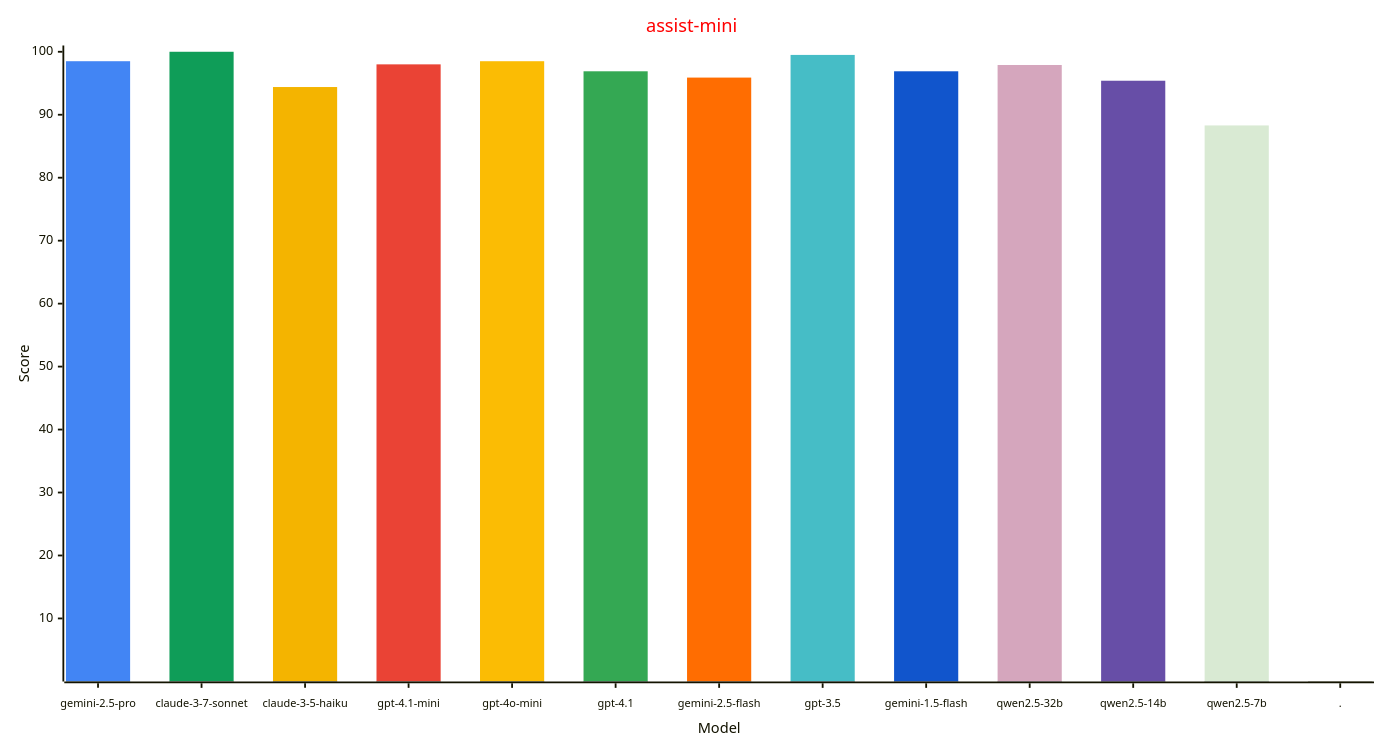
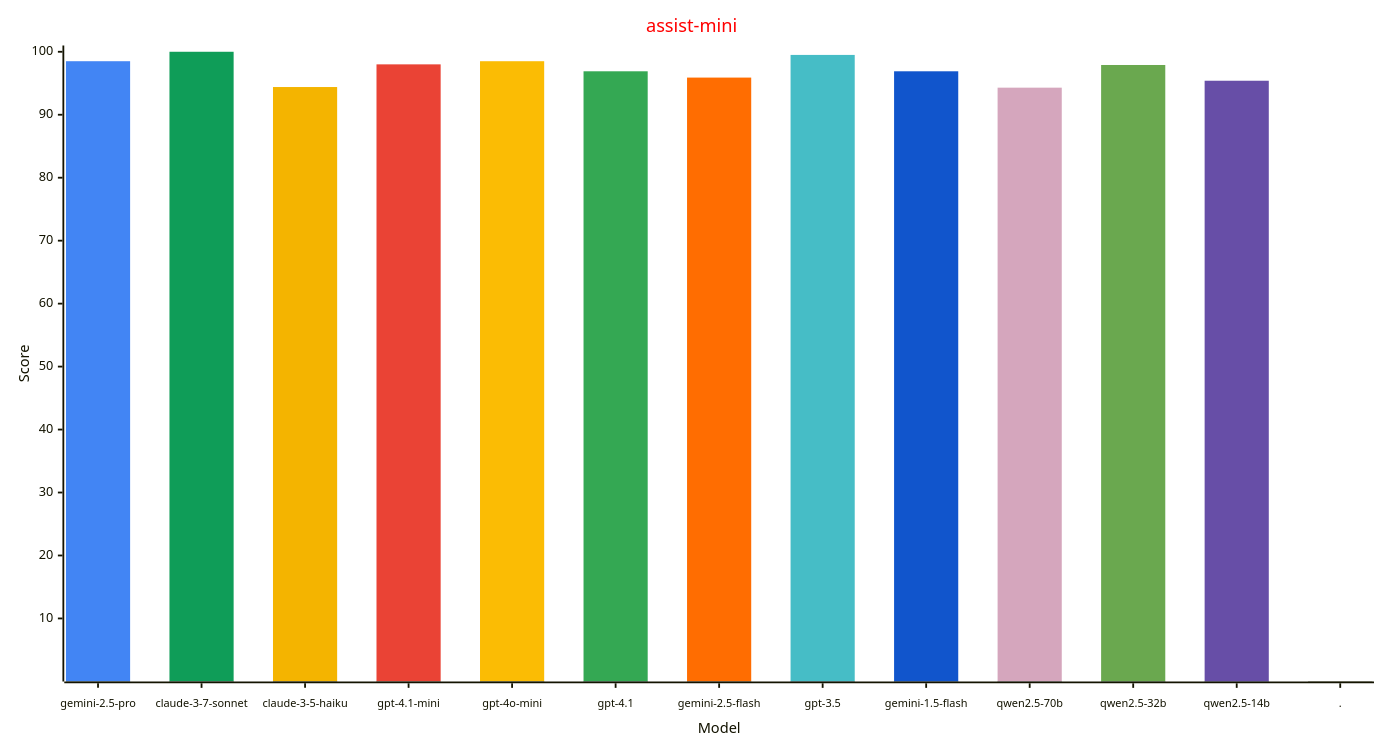
One commit to allenporter/home-assistant-datasets changed the second of 4 diagrams in reports/README.md. Above: the diagram before and after it, drawn with Mermaid. The commit also changed other lines of this file and 202 other files, not shown here.

Commit message:
Add qwen2.5-70b assist-mini results

````diff
--- a/reports/README.md
+++ b/reports/README.md
@@ -105,33 +105,33 @@
 ```mermaid
 ---
 config:
     xyChart:
         width: 1500
         height: 800
         xAxis:
           labelFontSize: 12
           labelPadding: 8
     themeVariables:
         xyChart:
             titleColor: "#ff0000"
-            plotColorPalette: "#4285f4, #0f9d58, #f4b400, #ea4335, #fbbc04, #34a853, #ff6d01, #46bdc6, #1155cc, #d5a6bd, #674ea7, #d9ead3, #4285f4"
+            plotColorPalette: "#4285f4, #0f9d58, #f4b400, #ea4335, #fbbc04, #34a853, #ff6d01, #46bdc6, #1155cc, #d5a6bd, #6aa84f, #674ea7, #4285f4"
 
 ---
 xychart-beta
   title "assist-mini"
-  x-axis "Model" [gemini-2.5-pro, claude-3-7-sonnet, claude-3-5-haiku, gpt-4.1-mini, gpt-4o-mini, gpt-4.1, gemini-2.5-flash, gpt-3.5, gemini-1.5-flash, qwen2.5-32b, qwen2.5-14b, qwen2.5-7b, .]
+  x-axis "Model" [gemini-2.5-pro, claude-3-7-sonnet, claude-3-5-haiku, gpt-4.1-mini, gpt-4o-mini, gpt-4.1, gemini-2.5-flash, gpt-3.5, gemini-1.5-flash, qwen2.5-70b, qwen2.5-32b, qwen2.5-14b, .]
   y-axis "Score" 1 --> 100
   bar [98.5, 0.0, 0.0, 0.0, 0.0, 0.0, 0.0, 0.0, 0.0, 0.0, 0.0, 0.0, 0.0]
   bar [0.0, 100.0, 0.0, 0.0, 0.0, 0.0, 0.0, 0.0, 0.0, 0.0, 0.0, 0.0, 0.0]
   bar [0.0, 0.0, 94.4, 0.0, 0.0, 0.0, 0.0, 0.0, 0.0, 0.0, 0.0, 0.0, 0.0]
   bar [0.0, 0.0, 0.0, 98.0, 0.0, 0.0, 0.0, 0.0, 0.0, 0.0, 0.0, 0.0, 0.0]
   bar [0.0, 0.0, 0.0, 0.0, 98.5, 0.0, 0.0, 0.0, 0.0, 0.0, 0.0, 0.0, 0.0]
   bar [0.0, 0.0, 0.0, 0.0, 0.0, 96.9, 0.0, 0.0, 0.0, 0.0, 0.0, 0.0, 0.0]
   bar [0.0, 0.0, 0.0, 0.0, 0.0, 0.0, 95.9, 0.0, 0.0, 0.0, 0.0, 0.0, 0.0]
   bar [0.0, 0.0, 0.0, 0.0, 0.0, 0.0, 0.0, 99.5, 0.0, 0.0, 0.0, 0.0, 0.0]
   bar [0.0, 0.0, 0.0, 0.0, 0.0, 0.0, 0.0, 0.0, 96.9, 0.0, 0.0, 0.0, 0.0]
-  bar [0.0, 0.0, 0.0, 0.0, 0.0, 0.0, 0.0, 0.0, 0.0, 97.9, 0.0, 0.0, 0.0]
-  bar [0.0, 0.0, 0.0, 0.0, 0.0, 0.0, 0.0, 0.0, 0.0, 0.0, 95.4, 0.0, 0.0]
-  bar [0.0, 0.0, 0.0, 0.0, 0.0, 0.0, 0.0, 0.0, 0.0, 0.0, 0.0, 88.3, 0.0]
+  bar [0.0, 0.0, 0.0, 0.0, 0.0, 0.0, 0.0, 0.0, 0.0, 94.3, 0.0, 0.0, 0.0]
+  bar [0.0, 0.0, 0.0, 0.0, 0.0, 0.0, 0.0, 0.0, 0.0, 0.0, 97.9, 0.0, 0.0]
+  bar [0.0, 0.0, 0.0, 0.0, 0.0, 0.0, 0.0, 0.0, 0.0, 0.0, 0.0, 95.4, 0.0]
   bar [0.0, 0.0, 0.0, 0.0, 0.0, 0.0, 0.0, 0.0, 0.0, 0.0, 0.0, 0.0, -1.0]
 ```
````
